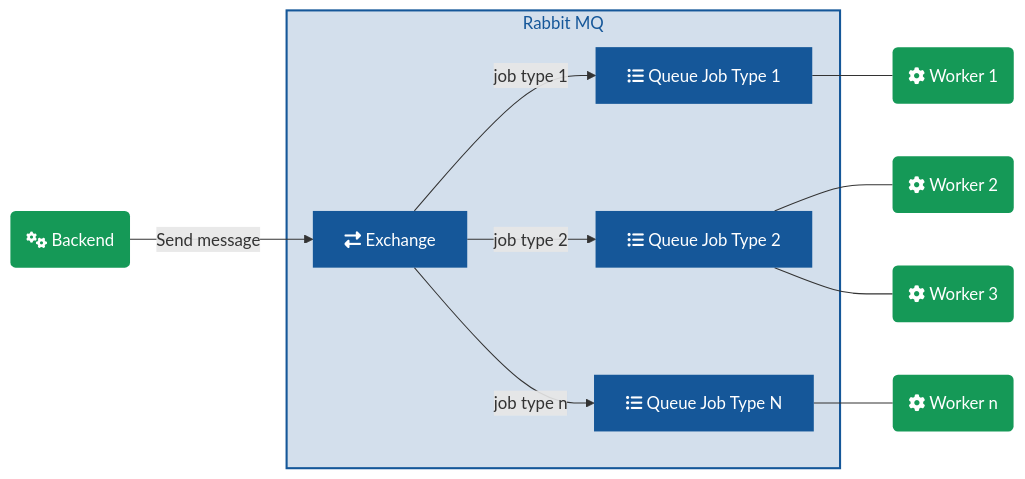
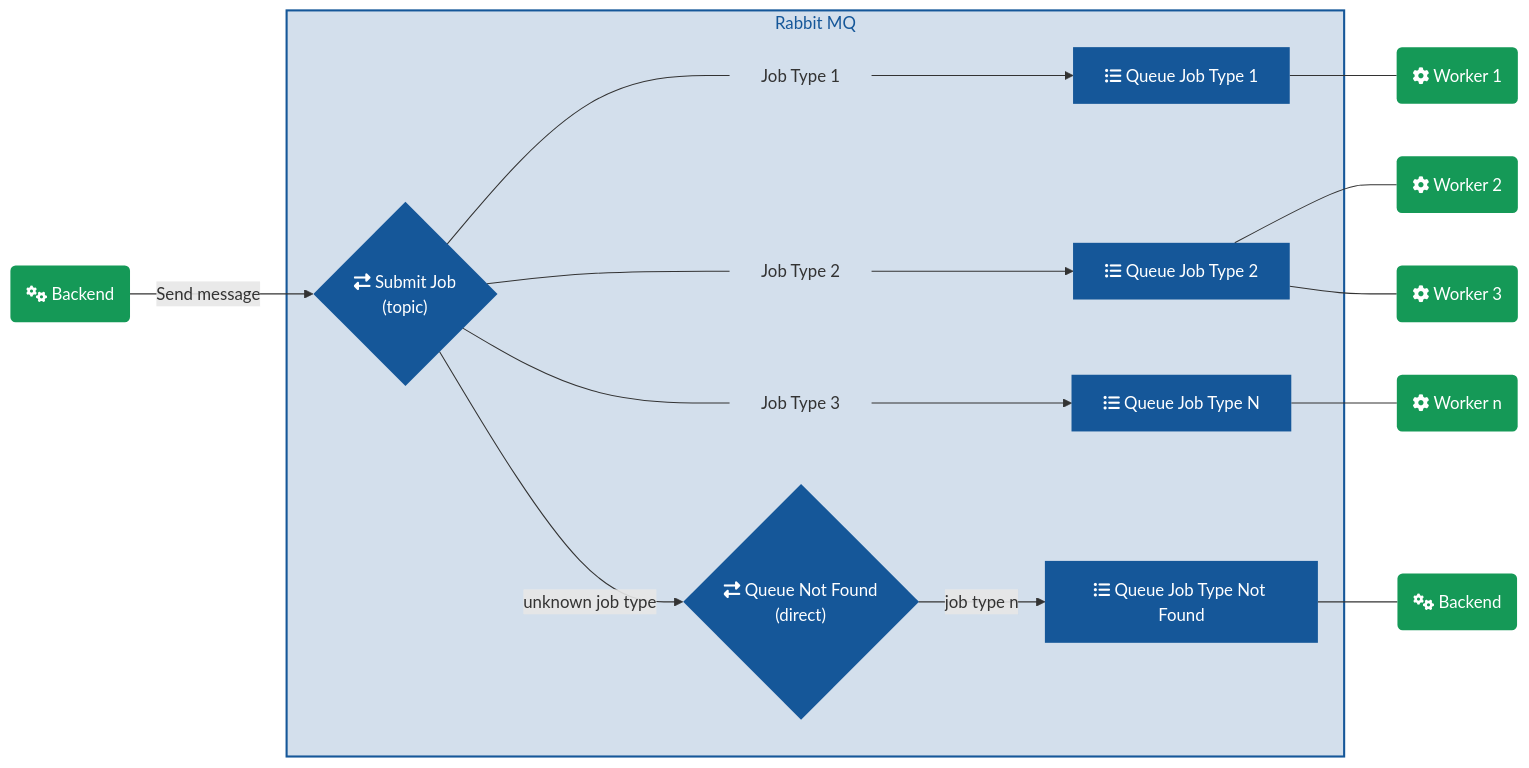
Before and after one commit to media-cloud-ai/media-cloud-ai.github.com: the second of 3 diagrams in step_flow.md, drawn with Mermaid.

Commit message:
update send order schema

```diff
--- a/step_flow.md
+++ b/step_flow.md
@@ -26,35 +26,45 @@
 <div class="mermaid">
 graph LR
-backend(fa:fa-cogs Backend) --> |Send message| exchange_1[fa:fa-exchange-alt Exchange]
+backend(fa:fa-cogs Backend) --> |Send message| exchange_1{"fa:fa-exchange-alt Submit Job <br/>(topic)"}
 
 subgraph rmq[Rabbit MQ]
-  exchange_1-->|job type 1| q_worker_1[fa:fa-list-ul Queue Job Type 1]
-  exchange_1 -->|job type 2| q_worker_2[fa:fa-list-ul Queue Job Type 2]
-  exchange_1 -->|job type n| q_worker_n[fa:fa-list-ul Queue Job Type N]
+  exchange_1--- job_type_1["Job Type 1"] --> q_worker_1[fa:fa-list-ul Queue Job Type 1]
+  exchange_1 --- job_type_2["Job Type 2"] -->q_worker_2[fa:fa-list-ul Queue Job Type 2]
+  exchange_1 --- job_type_3["Job Type 3"] --> q_worker_n[fa:fa-list-ul Queue Job Type N]
+
+  exchange_1 -->|unknown job type| exchange_unknwon{"fa:fa-exchange-alt Queue Not Found<br/>(direct)"}
+  exchange_unknwon -->|job type n| q_unknown[fa:fa-list-ul Queue Job Type Not Found]
 end
 
 q_worker_1 --- w1(fa:fa-cog Worker 1)
 q_worker_2 --- w2(fa:fa-cog Worker 2)
 q_worker_2 --- w3(fa:fa-cog Worker 3)
 q_worker_n --- wn(fa:fa-cog Worker n)
+q_unknown --- backend_2(fa:fa-cogs Backend)
 
 classDef blue fill:#155799,stroke: none,color: #fff;
 classDef green fill:#159957,stroke: none,color: #fff;
 
 class backend green
-class backend2 green
-class backend3 green
+class backend_2 green
 class w1 green
 class w2 green
 class w3 green
 class wn green
 class q_worker_1 blue
 class q_worker_2 blue
 class q_worker_n blue
 class q_completed blue
 class q_error blue
+class q_unknown blue
 class exchange_1 blue
 class exchange_2 blue
+class exchange_unknwon blue
+
+classDef hidden fill:#fff0,stroke: none,color: #fff;width:0px
+class job_type_1 hidden
+class job_type_2 hidden
+class job_type_3 hidden
 
 style rmq fill:#15579930,stroke:#155799,stroke-width:2px,color:#155799
 </div>
```
